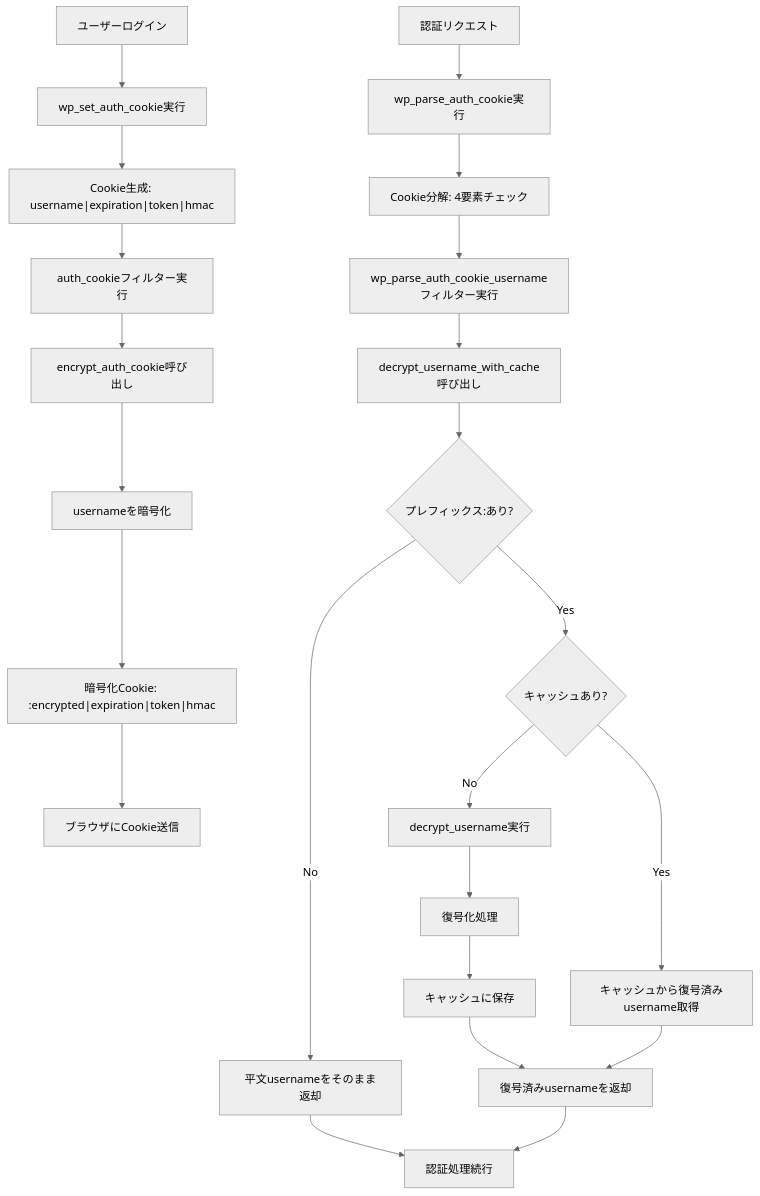
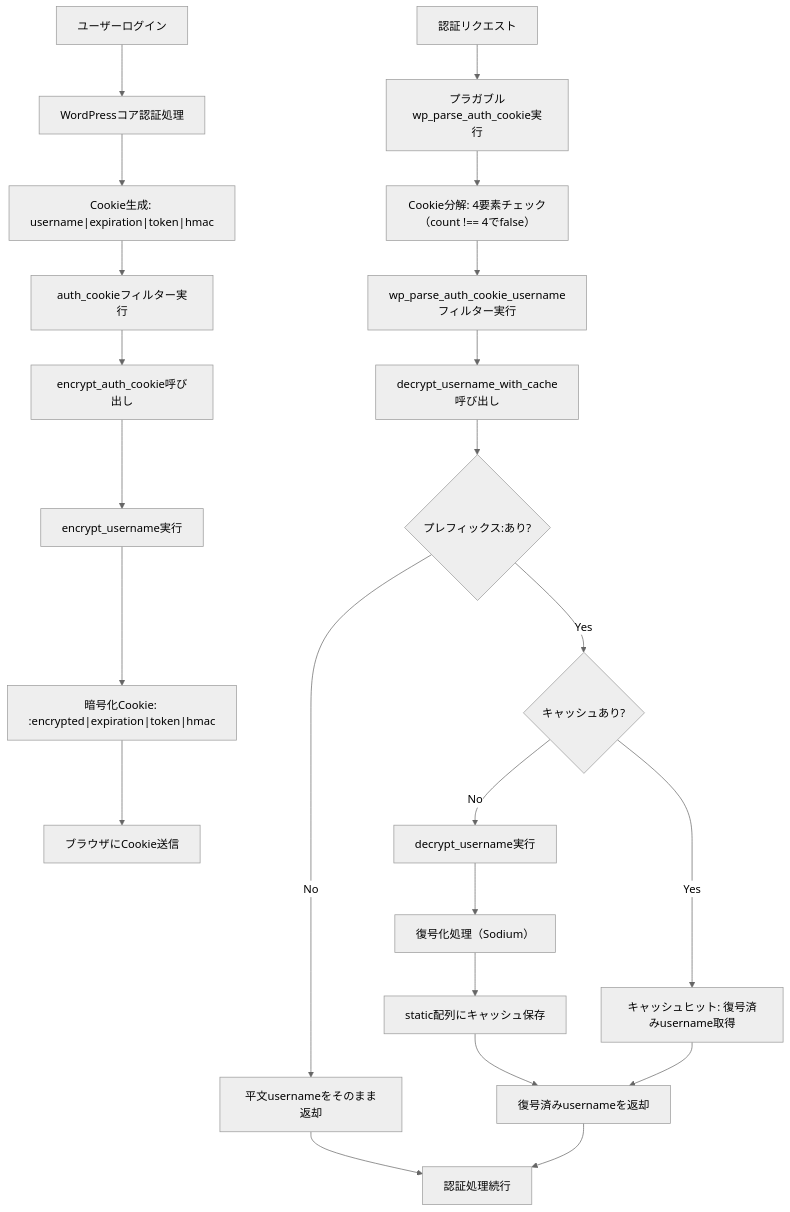
Before and after one commit to pressmaninc/wp10-auth-cookie-encryption: the diagram in spec.md, drawn with Mermaid (neutral theme).

Commit message:
Mermaid内容修正

````diff
--- a/spec.md
+++ b/spec.md
@@ -160,26 +160,26 @@
 ```mermaid
 graph TD
-    A[ユーザーログイン] --> B[wp_set_auth_cookie実行]
+    A[ユーザーログイン] --> B[WordPressコア認証処理]
     B --> C["Cookie生成: username|expiration|token|hmac"]
     C --> D[auth_cookieフィルター実行]
     D --> E[encrypt_auth_cookie呼び出し]
-    E --> F[usernameを暗号化]
+    E --> F[encrypt_username実行]
     F --> G["暗号化Cookie: :encrypted|expiration|token|hmac"]
     G --> H[ブラウザにCookie送信]
     
-    I[認証リクエスト] --> J[wp_parse_auth_cookie実行]
-    J --> K[Cookie分解: 4要素チェック]
+    I[認証リクエスト] --> J[プラガブルwp_parse_auth_cookie実行]
+    J --> K["Cookie分解: 4要素チェック（count !== 4でfalse）"]
     K --> L[wp_parse_auth_cookie_usernameフィルター実行]
     L --> M[decrypt_username_with_cache呼び出し]
     M --> N{"プレフィックス:あり?"}
     N -->|Yes| O{"キャッシュあり?"}
     N -->|No| P[平文usernameをそのまま返却]
-    O -->|Yes| Q[キャッシュから復号済みusername取得]
+    O -->|Yes| Q[キャッシュヒット: 復号済みusername取得]
     O -->|No| R[decrypt_username実行]
-    R --> S[復号化処理]
-    S --> T[キャッシュに保存]
+    R --> S["復号化処理（Sodium）"]
+    S --> T[static配列にキャッシュ保存]
     T --> U[復号済みusernameを返却]
     Q --> U
     P --> V[認証処理続行]
     U --> V
 ```
````
